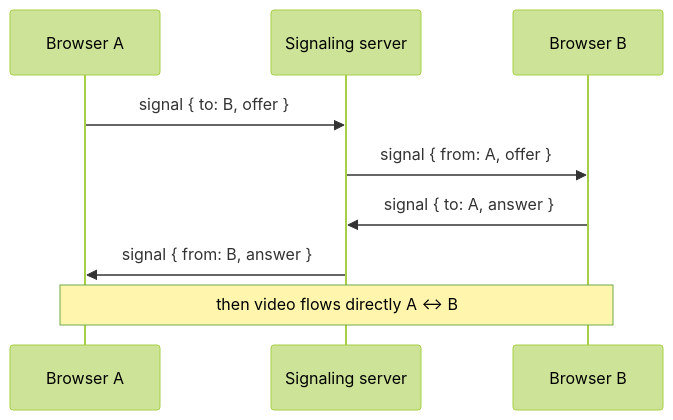
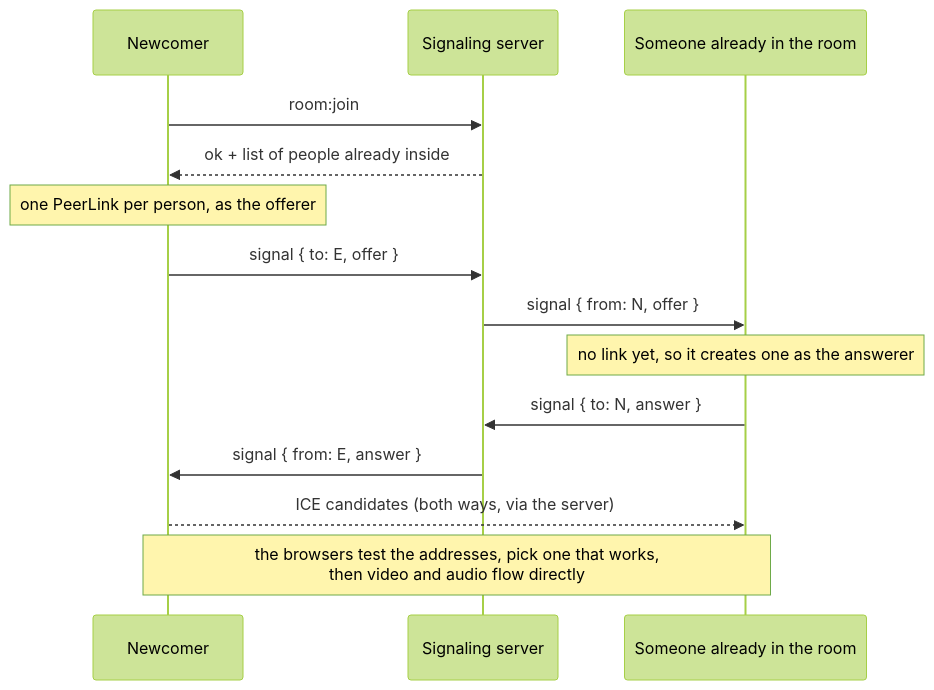
The eighth of 10 diagrams in docs/ARCHITECTURE.md (mr-dev-prince/vidbase), drawn with Mermaid (forest theme) before and after one commit. The commit also changed other lines of this file and 17 other files, not shown here.

````diff
--- a/docs/ARCHITECTURE.md
+++ b/docs/ARCHITECTURE.md
@@ -139,11 +168,16 @@
 ```mermaid
 sequenceDiagram
-  participant A as Browser A
+  participant N as Newcomer
   participant S as Signaling server
-  participant B as Browser B
-  A->>S: signal { to: B, offer }
-  S->>B: signal { from: A, offer }
-  B->>S: signal { to: A, answer }
-  S->>A: signal { from: B, answer }
-  Note over A,B: then video flows directly A ↔ B
+  participant E as Someone already in the room
+  N->>S: room:join
+  S-->>N: ok + list of people already inside
+  Note over N: one PeerLink per person, as the offerer
+  N->>S: signal { to: E, offer }
+  S->>E: signal { from: N, offer }
+  Note over E: no link yet, so it creates one as the answerer
+  E->>S: signal { to: N, answer }
+  S->>N: signal { from: E, answer }
+  N-->>E: ICE candidates (both ways, via the server)
+  Note over N,E: the browsers test the addresses, pick one that works,<br/>then video and audio flow directly
 ```
````
